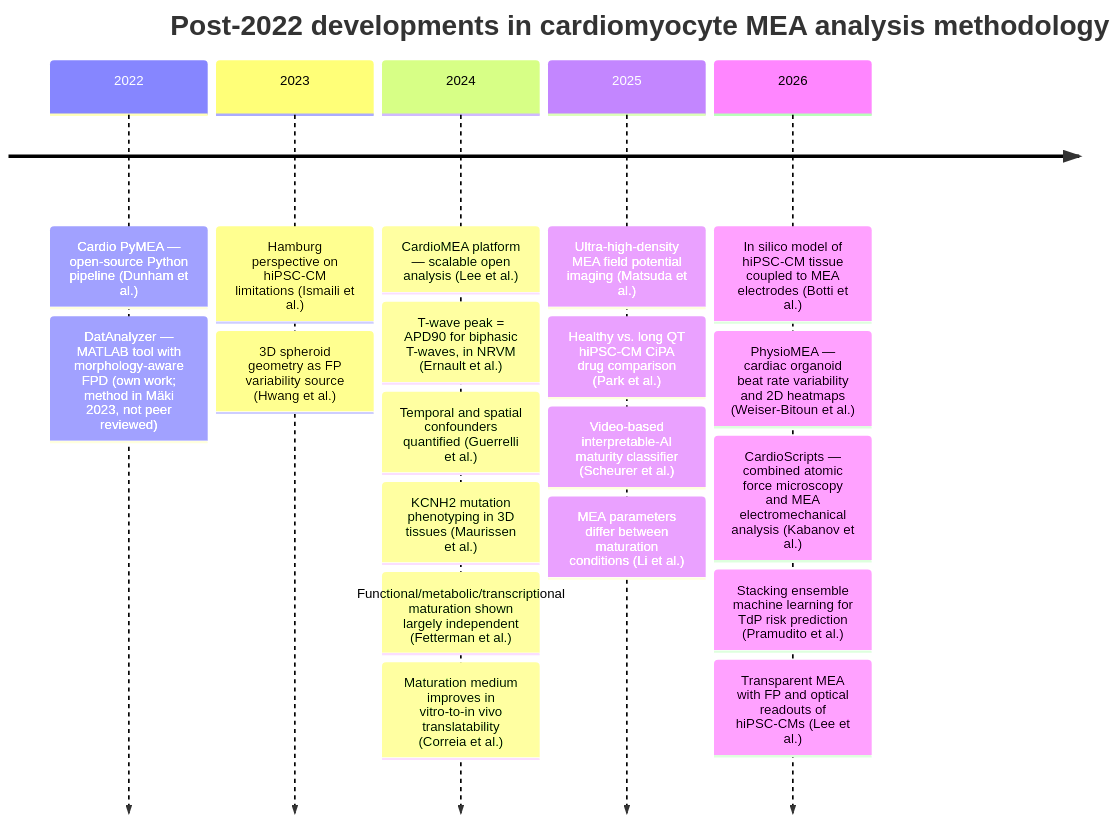
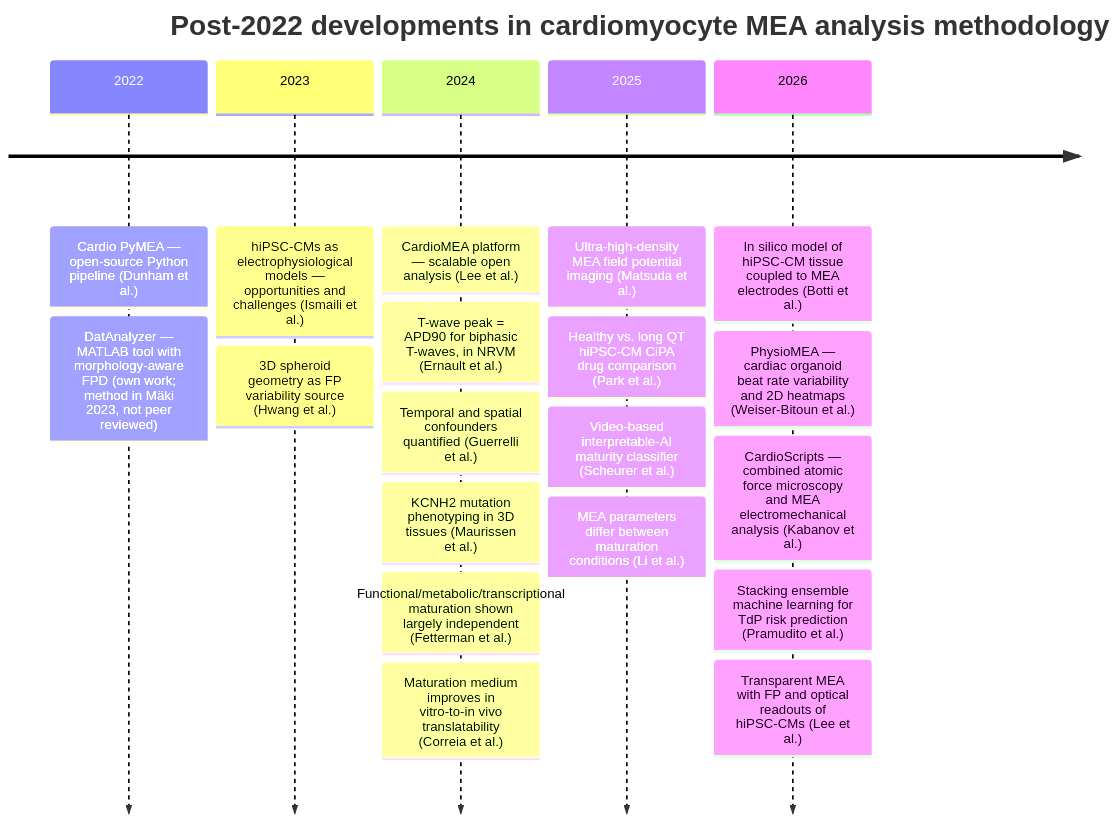
The first of 2 diagrams in main.md (AnaHill/MEA_review_llm_wiki), drawn with Mermaid before and after one commit. The commit also changed other lines of this file and 5 other files, not shown here.

Commit message:
grinding Ismail; fix the author order of ismaili et al. (2023) in the reference lists and wiki page, and reword its timeline entry after the paper's title

````diff
--- a/main.md
+++ b/main.md
@@ -60,23 +60,23 @@
 ```mermaid
 timeline
     title Post-2022 developments in cardiomyocyte MEA analysis methodology
     2022 : Cardio PyMEA — open-source Python pipeline (Dunham et al.)
          : DatAnalyzer — MATLAB tool with morphology-aware FPD (own work; method in Mäki 2023, not peer reviewed)
-    2023 : Hamburg perspective on hiPSC-CM limitations (Ismaili et al.)
+    2023 : hiPSC-CMs as electrophysiological models — opportunities and challenges (Ismaili et al.)
          : 3D spheroid geometry as FP variability source (Hwang et al.)
     2024 : CardioMEA platform — scalable open analysis (Lee et al.)
          : T-wave peak = APD90 for biphasic T-waves, in NRVM (Ernault et al.)
          : Temporal and spatial confounders quantified (Guerrelli et al.)
          : KCNH2 mutation phenotyping in 3D tissues (Maurissen et al.)
          : Functional/metabolic/transcriptional maturation shown largely independent (Fetterman et al.)
          : Maturation medium improves in vitro-to-in vivo translatability (Correia et al.)
     2025 : Ultra-high-density MEA field potential imaging (Matsuda et al.)
          : Healthy vs. long QT hiPSC-CM CiPA drug comparison (Park et al.)
          : Video-based interpretable-AI maturity classifier (Scheurer et al.)
          : MEA parameters differ between maturation conditions (Li et al.)
     2026 : In silico model of hiPSC-CM tissue coupled to MEA electrodes (Botti et al.)
          : PhysioMEA — cardiac organoid beat rate variability and 2D heatmaps (Weiser-Bitoun et al.)
          : CardioScripts — combined atomic force microscopy and MEA electromechanical analysis (Kabanov et al.)
          : Stacking ensemble machine learning for TdP risk prediction (Pramudito et al.)
          : Transparent MEA with FP and optical readouts of hiPSC-CMs (Lee et al.)
 ```
````
